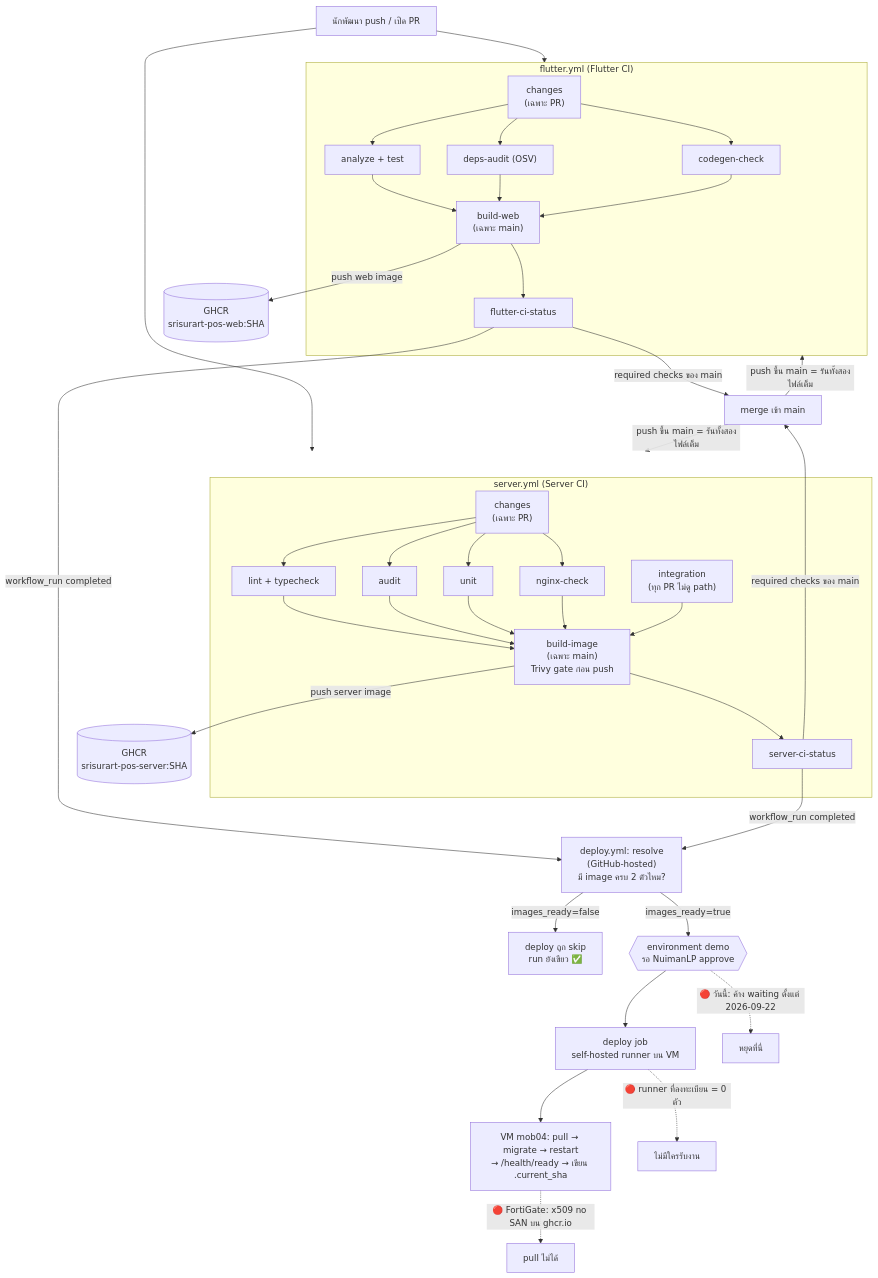
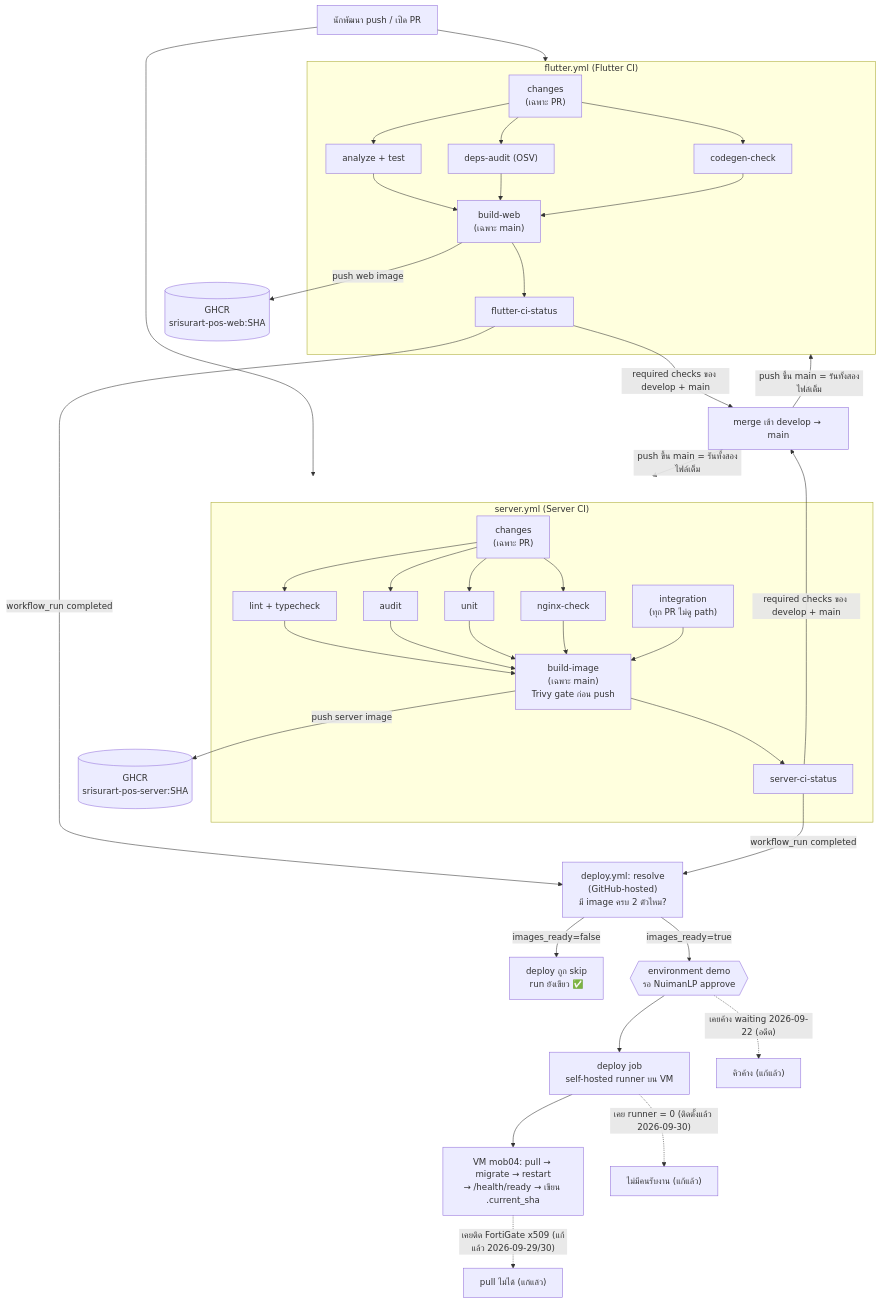
The second of 2 diagrams in docs/study/15_cicd.md (NuimanLP/srisurart-pos-flutter), drawn with Mermaid before and after one commit. The commit also changed other lines of this file and 20 other files, not shown here.

````diff
--- a/docs/study/15_cicd.md
+++ b/docs/study/15_cicd.md
@@ -234,31 +261,31 @@
 ```mermaid
 flowchart TD
   DEV["นักพัฒนา push / เปิด PR"] --> F & S
 
   subgraph F["flutter.yml (Flutter CI)"]
     FC["changes<br/>(เฉพาะ PR)"] --> FA["analyze + test"] & FD["deps-audit (OSV)"] & FG["codegen-check"]
     FA & FD & FG --> FB["build-web<br/>(เฉพาะ main)"]
     FB --> FS["flutter-ci-status"]
   end
 
   subgraph S["server.yml (Server CI)"]
     SC["changes<br/>(เฉพาะ PR)"] --> SL["lint + typecheck"] & SA["audit"] & SU["unit"] & SN["nginx-check"]
     SI["integration<br/>(ทุก PR ไม่ดู path)"]
     SL & SA & SU & SN & SI --> SB["build-image<br/>(เฉพาะ main)<br/>Trivy gate ก่อน push"]
     SB --> SS["server-ci-status"]
   end
 
-  FS & SS -->|"required checks ของ main"| M["merge เข้า main"]
+  FS & SS -->|"required checks ของ develop + main"| M["merge เข้า develop → main"]
   M -->|"push ขึ้น main = รันทั้งสองไฟล์เต็ม"| F & S
   FB -->|"push web image"| G[("GHCR<br/>srisurart-pos-web:SHA")]
   SB -->|"push server image"| G2[("GHCR<br/>srisurart-pos-server:SHA")]
   FS & SS -->|"workflow_run completed"| R["deploy.yml: resolve<br/>(GitHub-hosted)<br/>มี image ครบ 2 ตัวไหม?"]
   R -->|"images_ready=false"| X1["deploy ถูก skip<br/>run ยังเขียว ✅"]
   R -->|"images_ready=true"| AP{{"environment demo<br/>รอ NuimanLP approve"}}
   AP --> D["deploy job<br/>self-hosted runner บน VM"]
   D --> V["VM mob04: pull → migrate → restart<br/>→ /health/ready → เขียน .current_sha"]
 
-  AP -.->|"🔴 วันนี้: ค้าง waiting ตั้งแต่ 2026-09-22"| STOP1["หยุดที่นี่"]
-  D -.->|"🔴 runner ที่ลงทะเบียน = 0 ตัว"| STOP2["ไม่มีใครรับงาน"]
-  V -.->|"🔴 FortiGate: x509 no SAN บน ghcr.io"| STOP3["pull ไม่ได้"]
+  AP -.->|"เคยค้าง waiting 2026-09-22 (อดีต)"| STOP1["คิวค้าง (แก้แล้ว)"]
+  D -.->|"เคย runner = 0 (ติดตั้งแล้ว 2026-09-30)"| STOP2["ไม่มีคนรับงาน (แก้แล้ว)"]
+  V -.->|"เคยติด FortiGate x509 (แก้แล้ว 2026-09-29/30)"| STOP3["pull ไม่ได้ (แก้แล้ว)"]
 ```
````
